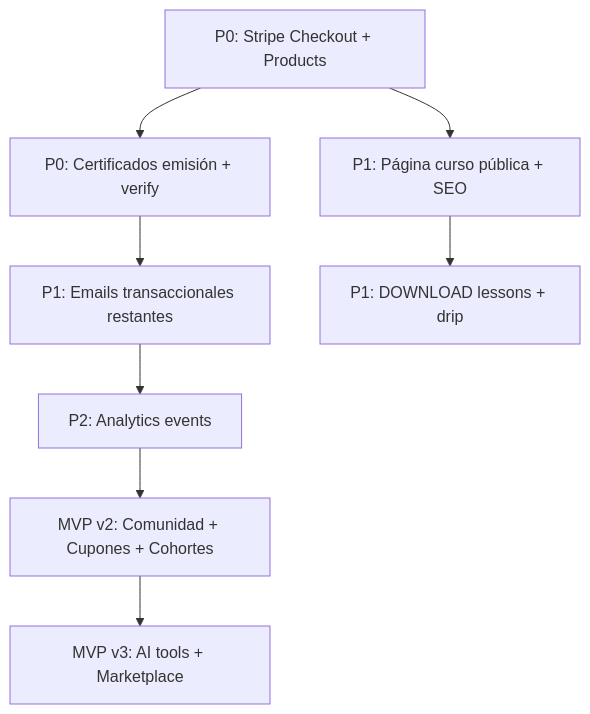
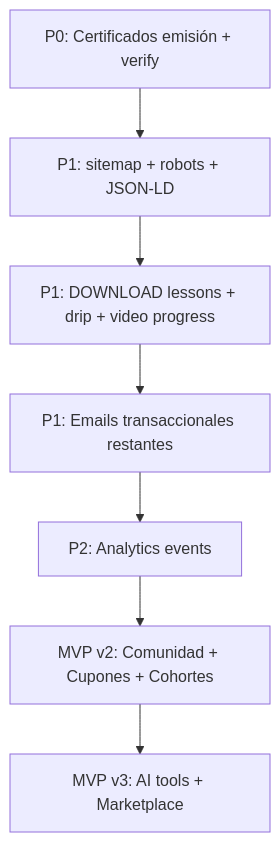
Before and after one commit to nicotordev/soyupwork: the diagram in docs/TODO.md, drawn with Mermaid. The commit also changed other lines of this file and 73 other files, not shown here.

First line of the commit message:
feat: migrate from Clerk to Auth.js and update authentication flow

````diff
--- a/docs/TODO.md
+++ b/docs/TODO.md
@@ -319,10 +336,9 @@
 ```mermaid
 flowchart TD
-  A[P0: Stripe Checkout + Products] --> B[P0: Certificados emisión + verify]
-  A --> C[P1: Página curso pública + SEO]
-  B --> D[P1: Emails transaccionales restantes]
-  C --> E[P1: DOWNLOAD lessons + drip]
-  D --> F[P2: Analytics events]
-  F --> G[MVP v2: Comunidad + Cupones + Cohortes]
-  G --> H[MVP v3: AI tools + Marketplace]
+  A[P0: Certificados emisión + verify] --> B[P1: sitemap + robots + JSON-LD]
+  B --> C[P1: DOWNLOAD lessons + drip + video progress]
+  C --> D[P1: Emails transaccionales restantes]
+  D --> E[P2: Analytics events]
+  E --> F[MVP v2: Comunidad + Cupones + Cohortes]
+  F --> G[MVP v3: AI tools + Marketplace]
 ```
````
